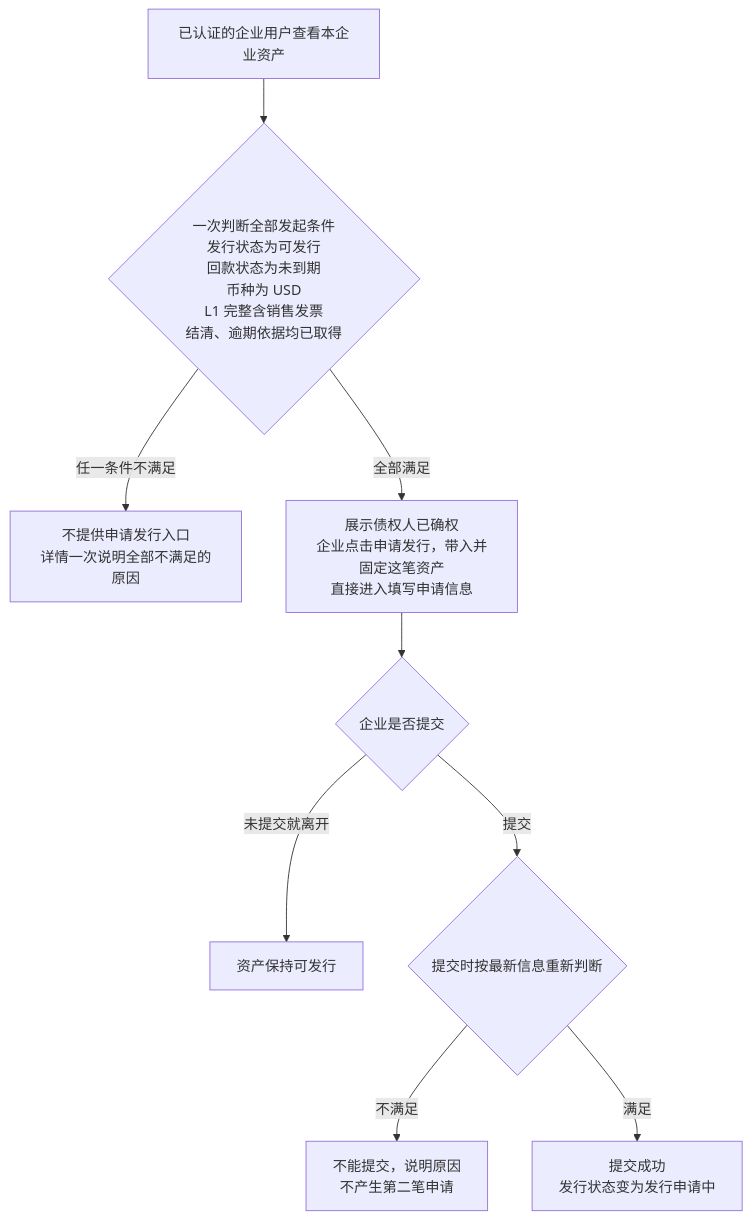
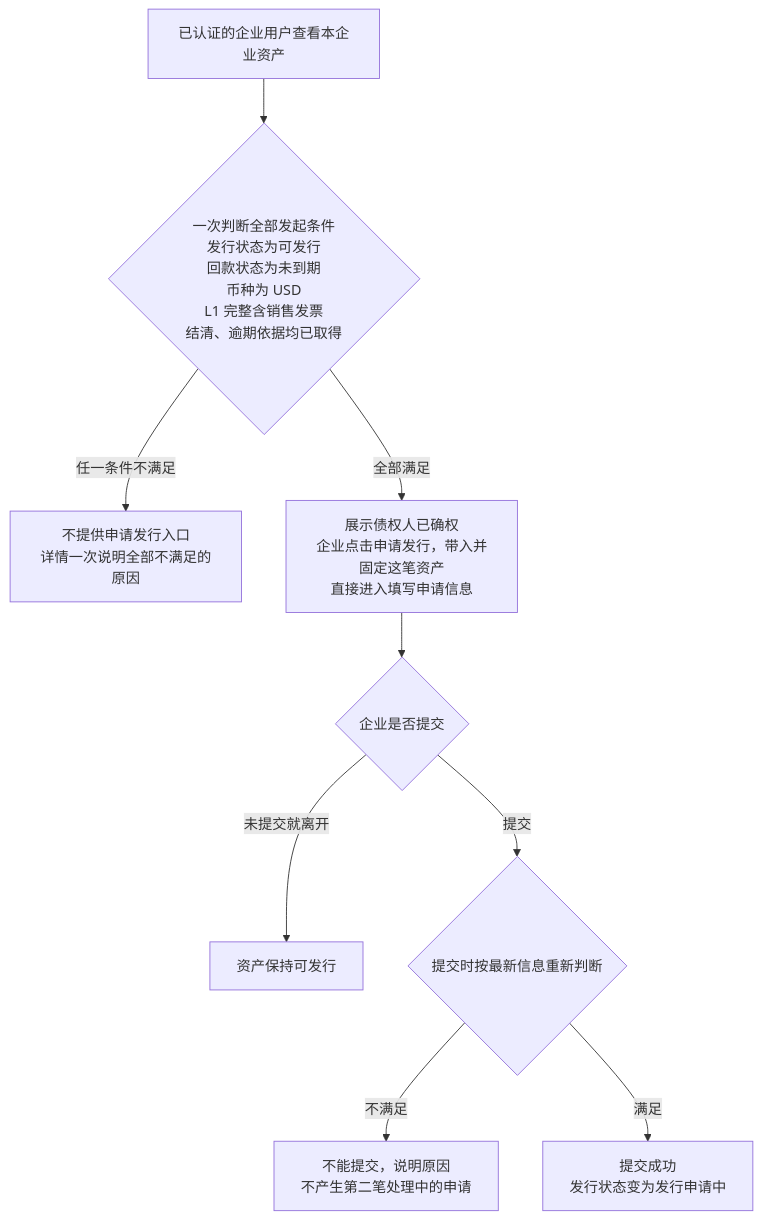
Before and after one commit to wxblockchain/Chain-Financing: the fifth of 6 diagrams in token-issuance-platform/PRD/两端共用/M2-可信资产/02-可信资产-流程图与状态机.md, drawn with Mermaid. The commit also changed other lines of this file and 20 other files, not shown here.

````diff
--- a/token-issuance-platform/PRD/两端共用/M2-可信资产/02-可信资产-流程图与状态机.md
+++ b/token-issuance-platform/PRD/两端共用/M2-可信资产/02-可信资产-流程图与状态机.md
@@ -88,11 +88,11 @@
 ```mermaid
 flowchart TD
     A[已认证的企业用户查看本企业资产] --> B{一次判断全部发起条件<br/>发行状态为可发行<br/>回款状态为未到期<br/>币种为 USD<br/>L1 完整含销售发票<br/>结清、逾期依据均已取得}
     B -->|任一条件不满足| X[不提供申请发行入口<br/>详情一次说明全部不满足的原因]
     B -->|全部满足| F[展示债权人已确权<br/>企业点击申请发行，带入并固定这笔资产<br/>直接进入填写申请信息]
     F --> G{企业是否提交}
     G -->|未提交就离开| H[资产保持可发行]
     G -->|提交| I{提交时按最新信息重新判断}
-    I -->|不满足| J[不能提交，说明原因<br/>不产生第二笔申请]
+    I -->|不满足| J[不能提交，说明原因<br/>不产生第二笔处理中的申请]
     I -->|满足| K[提交成功<br/>发行状态变为发行申请中]
 ```
````
